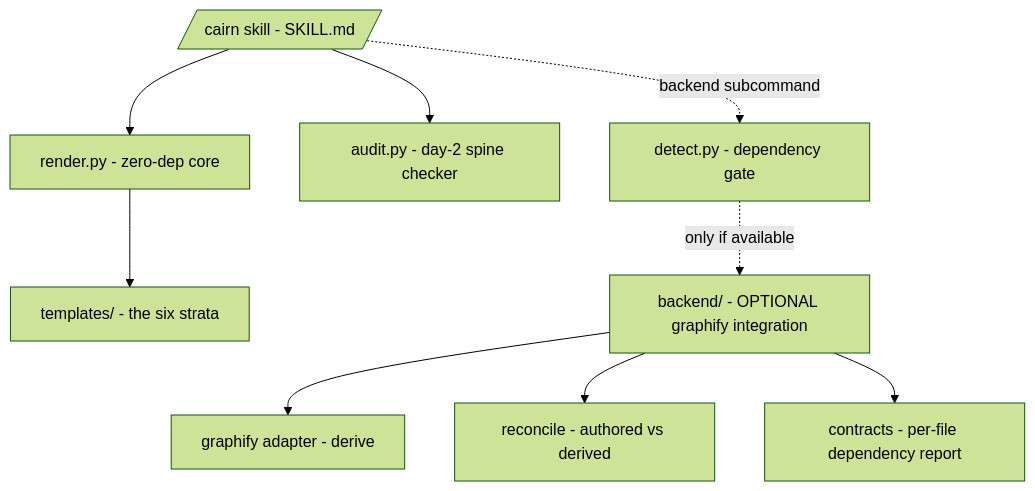
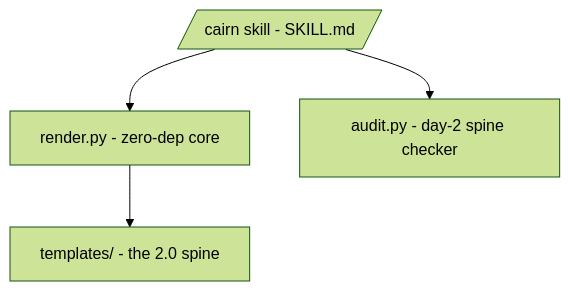
One commit to JJandDjango/cairn changed the diagram in MAP.md. Above: the diagram before and after it, drawn with Mermaid (forest theme). The commit also changed other lines of this file and 38 other files, not shown here.

First line of the commit message:
Render the 2.0 spine and drop the graphify backend (Pass 1)

````diff
--- a/MAP.md
+++ b/MAP.md
@@ -7,11 +7,6 @@
 ```mermaid
 flowchart TD
     U[/cairn skill - SKILL.md/] --> R[render.py - zero-dep core]
-    R --> T[templates/ - the six strata]
+    R --> T[templates/ - the 2.0 spine]
     U --> A[audit.py - day-2 spine checker]
-    U -. backend subcommand .-> D[detect.py - dependency gate]
-    D -. only if available .-> B[backend/ - OPTIONAL graphify integration]
-    B --> G[graphify adapter - derive]
-    B --> RC[reconcile - authored vs derived]
-    B --> C[contracts - per-file dependency report]
 ```
````
